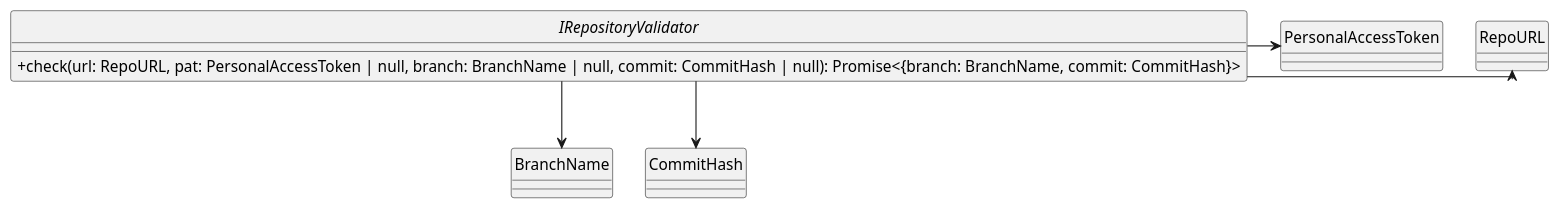
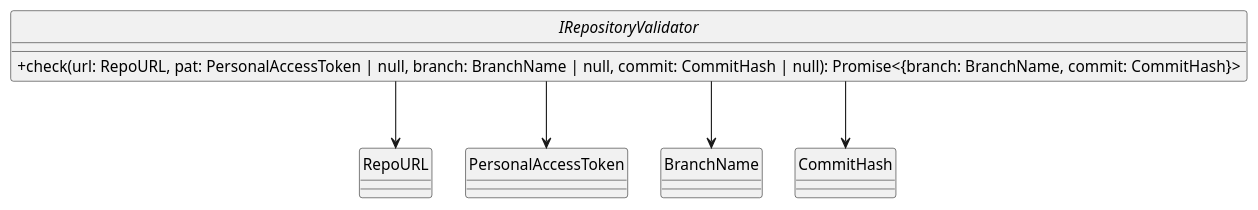
One commit to SkarabGroup/DocumentazioneProgetto changed the diagram in assets/st_diagrams/code/plantuml/analysis/application/services/interfaces/repositoryValidator.interface.plantuml. Above: the diagram before and after it, drawn with PlantUML. The commit also changed 59 other files, not shown here.

```diff
--- a/assets/st_diagrams/code/plantuml/analysis/application/services/interfaces/repositoryValidator.interface.plantuml
+++ b/assets/st_diagrams/code/plantuml/analysis/application/services/interfaces/repositoryValidator.interface.plantuml
@@ -1,17 +1,17 @@
 @startuml IRepositoryValidator
 skinparam componentStyle uml2.5
 skinparam linetype ortho
 skinparam nodesep 30
 skinparam ranksep 30
 skinparam ClassAttributeIconSize 0
 hide circles
 
 interface IRepositoryValidator {
     + check(url: RepoURL, pat: PersonalAccessToken | null, branch: BranchName | null, commit: CommitHash | null): Promise<{branch: BranchName, commit: CommitHash}>
 }
 
-IRepositoryValidator --right-> RepoURL
-IRepositoryValidator --right-> PersonalAccessToken
+IRepositoryValidator --down-> RepoURL
+IRepositoryValidator --down-> PersonalAccessToken
 IRepositoryValidator --down-> BranchName
 IRepositoryValidator --down-> CommitHash
 @enduml
```
